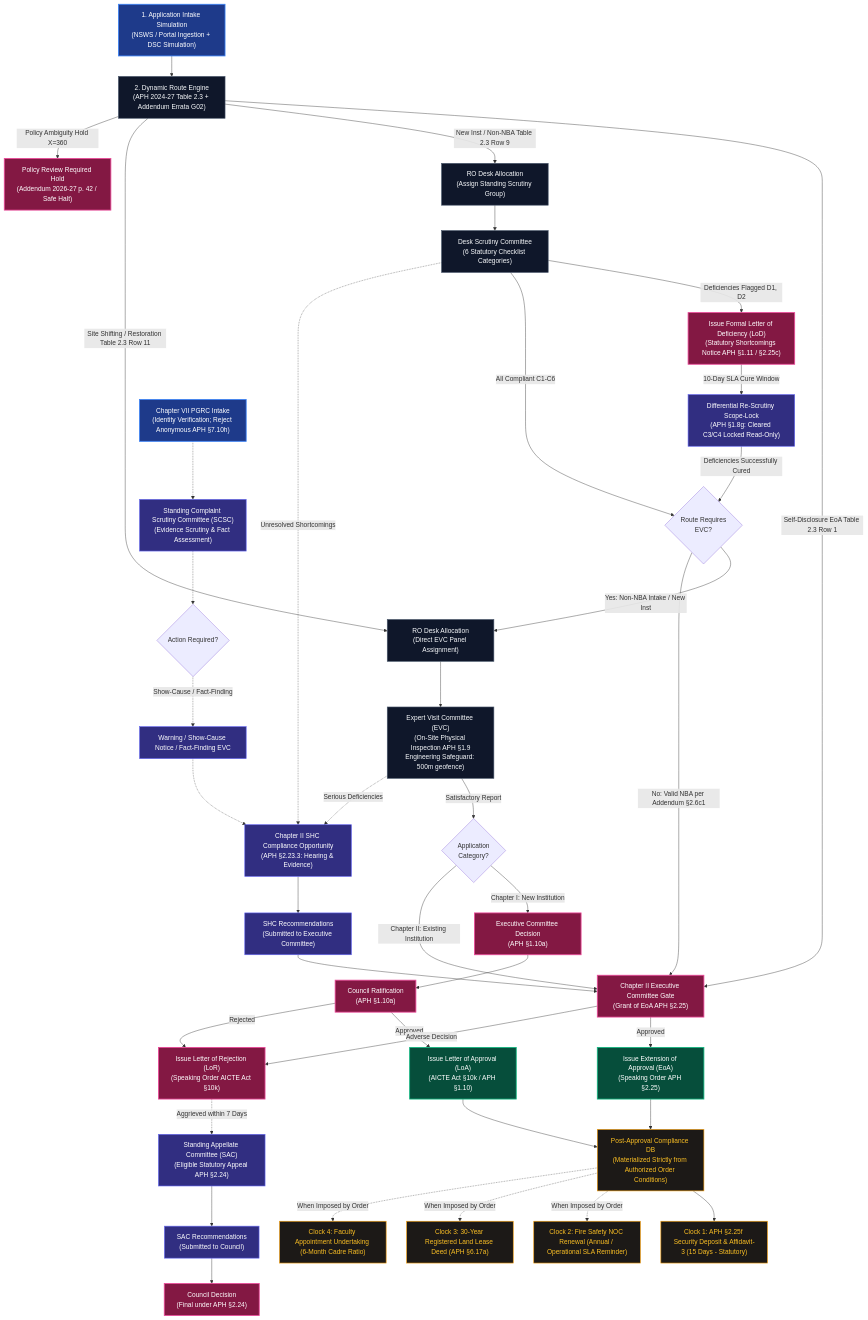
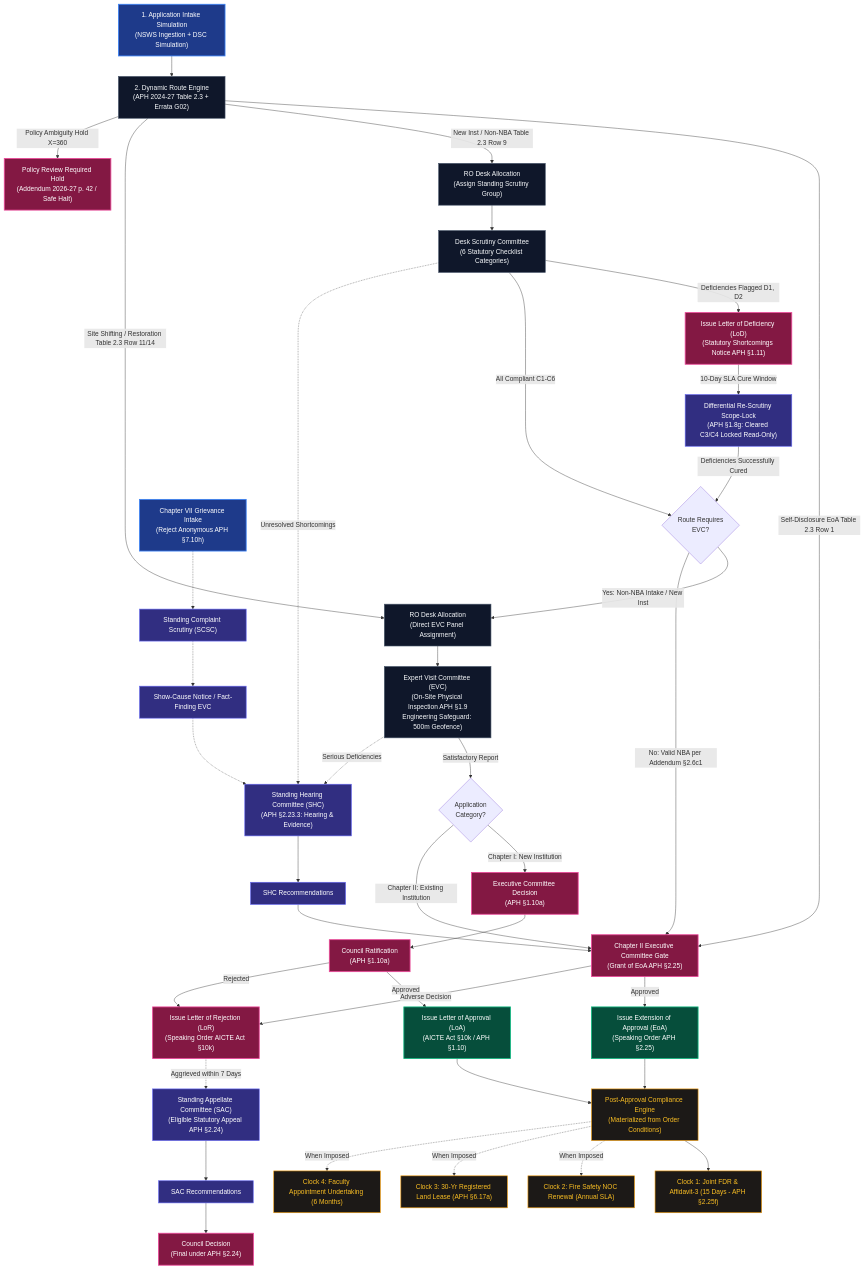
Before and after one commit to Parth-Chavan-15/SIH-2026-AICTE: the first of 11 diagrams in README.md, drawn with Mermaid. The commit also changed other lines of this file and 13 other files, not shown here.

Commit message:
feat: evaluator-friendly readme with 10 modular route diagrams, coep demo notifications, and complete analytics dashboard

````diff
--- a/README.md
+++ b/README.md
@@ -57,62 +59,59 @@
 ```mermaid
 flowchart TD
     classDef startNode fill:#1e3a8a,stroke:#3b82f6,stroke-width:2px,color:#fff;
     classDef processNode fill:#0f172a,stroke:#475569,stroke-width:1.5px,color:#f8fafc;
     classDef branch fill:#312e81,stroke:#6366f1,stroke-width:1.5px,color:#fff;
     classDef decisionNode fill:#831843,stroke:#ec4899,stroke-width:2px,color:#fff;
     classDef docNode fill:#064e3b,stroke:#10b981,stroke-width:2px,color:#fff;
     classDef auditNode fill:#1c1917,stroke:#f59e0b,stroke-width:1.5px,color:#fbbf24;
 
-    A["1. Application Intake Simulation<br/>(NSWS / Portal Ingestion + DSC Simulation)"]:::startNode --> B["2. Dynamic Route Engine<br/>(APH 2024-27 Table 2.3 + Addendum Errata G02)"]:::processNode
+    A["1. Application Intake Simulation<br/>(NSWS Ingestion + DSC Simulation)"]:::startNode --> B["2. Dynamic Route Engine<br/>(APH 2024-27 Table 2.3 + Errata G02)"]:::processNode
     
     B -->|Self-Disclosure EoA Table 2.3 Row 1| G_EC["Chapter II Executive Committee Gate<br/>(Grant of EoA APH §2.25)"]:::decisionNode
     B -->|New Inst / Non-NBA Table 2.3 Row 9| C["RO Desk Allocation<br/>(Assign Standing Scrutiny Group)"]:::processNode
-    B -->|Site Shifting / Restoration Table 2.3 Row 11| E["RO Desk Allocation<br/>(Direct EVC Panel Assignment)"]:::processNode
+    B -->|Site Shifting / Restoration Table 2.3 Row 11/14| E["RO Desk Allocation<br/>(Direct EVC Panel Assignment)"]:::processNode
     B -->|Policy Ambiguity Hold X=360| BH["Policy Review Required Hold<br/>(Addendum 2026-27 p. 42 / Safe Halt)"]:::decisionNode
 
     C --> D["Desk Scrutiny Committee<br/>(6 Statutory Checklist Categories)"]:::processNode
-    D -->|Deficiencies Flagged D1, D2| D_LOD["Issue Formal Letter of Deficiency (LoD)<br/>(Statutory Shortcomings Notice APH §1.11 / §2.25c)"]:::decisionNode
+    D -->|Deficiencies Flagged D1, D2| D_LOD["Issue Letter of Deficiency (LoD)<br/>(Statutory Shortcomings Notice APH §1.11)"]:::decisionNode
     D_LOD -->|10-Day SLA Cure Window| D1["Differential Re-Scrutiny Scope-Lock<br/>(APH §1.8g: Cleared C3/C4 Locked Read-Only)"]:::branch
     D1 -->|Deficiencies Successfully Cured| D2Check{"Route Requires<br/>EVC?"}
     D -->|All Compliant C1-C6| D2Check
 
     D2Check -->|Yes: Non-NBA Intake / New Inst| E
     D2Check -->|No: Valid NBA per Addendum §2.6c1| G_EC
 
-    E --> F["Expert Visit Committee (EVC)<br/>(On-Site Physical Inspection APH §1.9<br/>Engineering Safeguard: 500m geofence)"]:::processNode
+    E --> F["Expert Visit Committee (EVC)<br/>(On-Site Physical Inspection APH §1.9<br/>Engineering Safeguard: 500m Geofence)"]:::processNode
     F -->|Satisfactory Report| G_ROUTE{"Application<br/>Category?"}
     
     G_ROUTE -->|Chapter I: New Institution| G_CH1_EC["Executive Committee Decision<br/>(APH §1.10a)"]:::decisionNode
     G_CH1_EC --> G_CH1_COUNCIL["Council Ratification<br/>(APH §1.10a)"]:::decisionNode
     G_CH1_COUNCIL -->|Approved| H1["Issue Letter of Approval (LoA)<br/>(AICTE Act §10k / APH §1.10)"]:::docNode
     G_CH1_COUNCIL -->|Rejected| I2["Issue Letter of Rejection (LoR)<br/>(Speaking Order AICTE Act §10k)"]:::decisionNode
 
     G_ROUTE -->|Chapter II: Existing Institution| G_EC
     G_EC -->|Approved| H2["Issue Extension of Approval (EoA)<br/>(Speaking Order APH §2.25)"]:::docNode
     G_EC -->|Adverse Decision| I2
 
-    %% Decoupled Chapter II SHC Shortcomings Branch
-    D -.->|Unresolved Shortcomings| SHC_COMP["Chapter II SHC Compliance Opportunity<br/>(APH §2.23.3: Hearing & Evidence)"]:::branch
+    %% Decoupled Governance Branches
+    D -.->|Unresolved Shortcomings| SHC_COMP["Standing Hearing Committee (SHC)<br/>(APH §2.23.3: Hearing & Evidence)"]:::branch
     F -.->|Serious Deficiencies| SHC_COMP
-    SHC_COMP --> SHC_REC["SHC Recommendations<br/>(Submitted to Executive Committee)"]:::branch
+    SHC_COMP --> SHC_REC["SHC Recommendations"]:::branch
     SHC_REC --> G_EC
 
-    %% Decoupled Chapter II SAC Appellate Branch
     I2 -.->|Aggrieved within 7 Days| SAC_APP["Standing Appellate Committee (SAC)<br/>(Eligible Statutory Appeal APH §2.24)"]:::branch
-    SAC_APP --> SAC_REC["SAC Recommendations<br/>(Submitted to Council)"]:::branch
+    SAC_APP --> SAC_REC["SAC Recommendations"]:::branch
     SAC_REC --> SAC_FINAL["Council Decision<br/>(Final under APH §2.24)"]:::decisionNode
 
-    %% Decoupled Chapter VII Grievance & Complaint Branch
-    PGRC["Chapter VII PGRC Intake<br/>(Identity Verification; Reject Anonymous APH §7.10h)"]:::startNode -.-> SCSC["Standing Complaint Scrutiny Committee (SCSC)<br/>(Evidence Scrutiny & Fact Assessment)"]:::branch
-    SCSC -.-> SCSC_ACT{"Action Required?"}
-    SCSC_ACT -.->|Show-Cause / Fact-Finding| SCSC_EVC["Warning / Show-Cause Notice / Fact-Finding EVC"]:::branch
+    PGRC["Chapter VII Grievance Intake<br/>(Reject Anonymous APH §7.10h)"]:::startNode -.-> SCSC["Standing Complaint Scrutiny (SCSC)"]:::branch
+    SCSC -.-> SCSC_EVC["Show-Cause Notice / Fact-Finding EVC"]:::branch
     SCSC_EVC -.-> SHC_COMP
 
     %% Post-Approval Compliance Materialization
-    H1 --> N["Post-Approval Compliance DB<br/>(Materialized Strictly from Authorized Order Conditions)"]:::auditNode
+    H1 --> N["Post-Approval Compliance Engine<br/>(Materialized from Order Conditions)"]:::auditNode
     H2 --> N
-    N --> N1["Clock 1: APH §2.25f Security Deposit & Affidavit-3 (15 Days - Statutory)"]:::auditNode
-    N -.->|When Imposed by Order| N2["Clock 2: Fire Safety NOC Renewal (Annual / Operational SLA Reminder)"]:::auditNode
-    N -.->|When Imposed by Order| N3["Clock 3: 30-Year Registered Land Lease Deed (APH §6.17a)"]:::auditNode
-    N -.->|When Imposed by Order| N4["Clock 4: Faculty Appointment Undertaking (6-Month Cadre Ratio)"]:::auditNode
+    N --> N1["Clock 1: Joint FDR & Affidavit-3 (15 Days - APH §2.25f)"]:::auditNode
+    N -.->|When Imposed| N2["Clock 2: Fire Safety NOC Renewal (Annual SLA)"]:::auditNode
+    N -.->|When Imposed| N3["Clock 3: 30-Yr Registered Land Lease (APH §6.17a)"]:::auditNode
+    N -.->|When Imposed| N4["Clock 4: Faculty Appointment Undertaking (6 Months)"]:::auditNode
 ```
````
